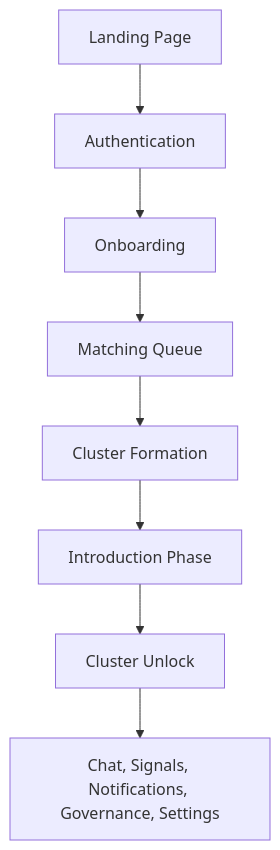
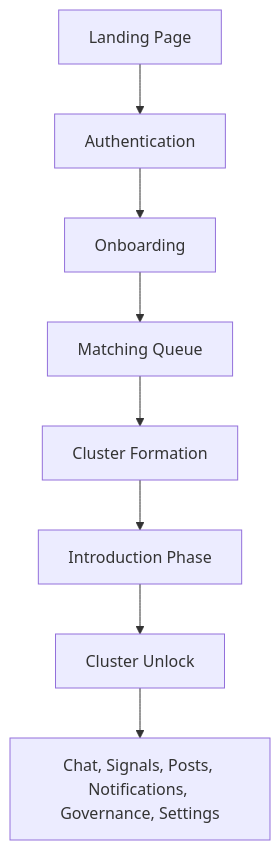
One commit to The-Sensorium/sensorium changed the second of 3 diagrams in docs/ARCHITECTURE.md. Above: the diagram before and after it, drawn with Mermaid. The commit also changed other lines of this file and 39 other files, not shown here.

````diff
--- a/docs/ARCHITECTURE.md
+++ b/docs/ARCHITECTURE.md
@@ -63,10 +63,10 @@
 ```mermaid
 flowchart TD
     A[Landing Page] --> B[Authentication]
     B --> C[Onboarding]
     C --> D[Matching Queue]
     D --> E[Cluster Formation]
     E --> F[Introduction Phase]
     F --> G[Cluster Unlock]
-    G --> H[Chat, Signals, Notifications, Governance, Settings]
+    G --> H[Chat, Signals, Posts, Notifications, Governance, Settings]
 ```
````
